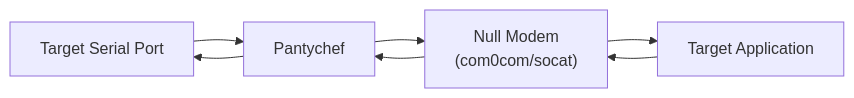
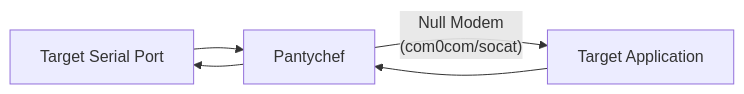
Before and after one commit to u1f992/pantychef: the diagram in README.md, drawn with Mermaid.

Commit message:
Update diagram

````diff
--- a/README.md
+++ b/README.md
@@ -10,9 +10,7 @@
 ```mermaid
 flowchart LR
     A["Target Serial Port"] --> B["Pantychef"]
-    B --> C["Null Modem<br>(com0com/socat)"]
-    C --> D["Target Application"]
-    D --> C
+    B --"Null Modem<br>(com0com/socat)"--> C["Target Application"]
     C --> B
     B --> A
 ```
````
